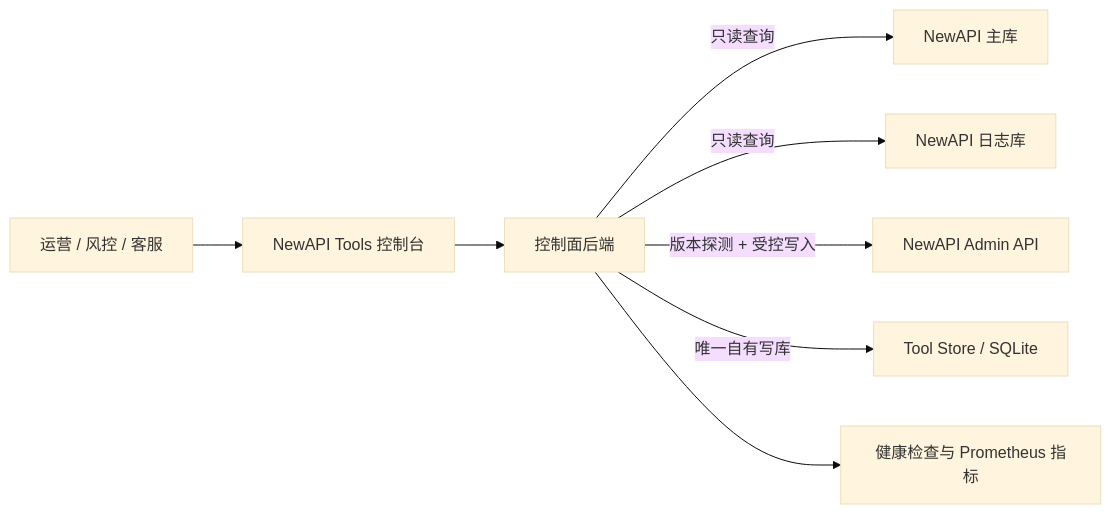
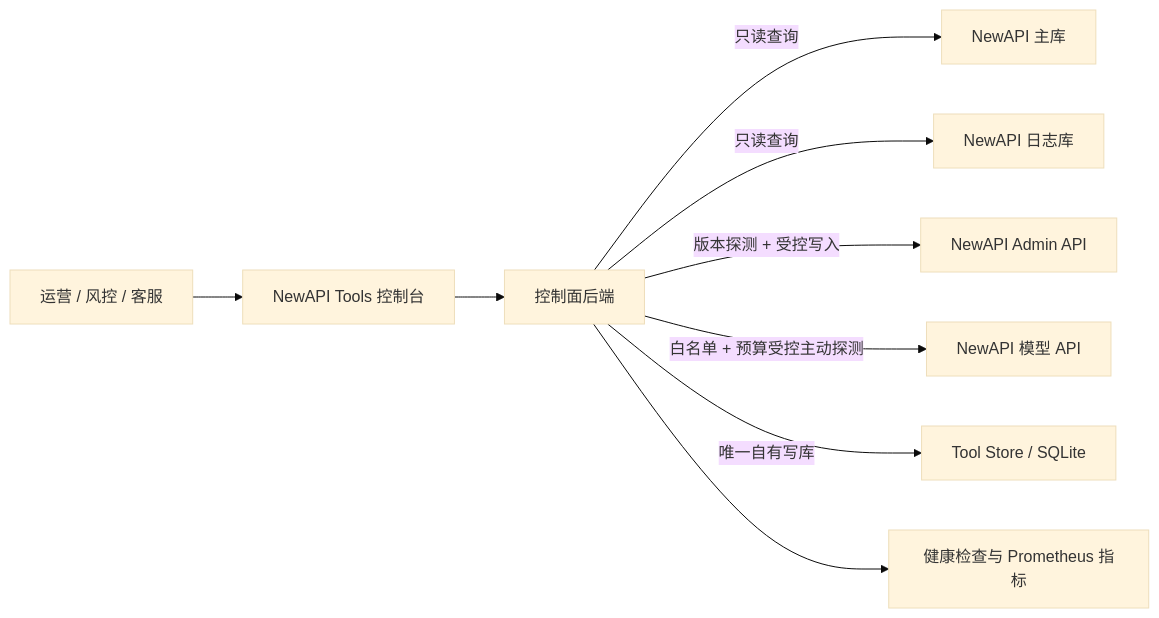
One commit to yujianwudi/new_api_tools changed the diagram in README.md. Above: the diagram before and after it, drawn with Mermaid (base theme). The commit also changed other lines of this file and 36 other files, not shown here.

````diff
--- a/README.md
+++ b/README.md
@@ -27,10 +27,11 @@
 ```mermaid
 flowchart LR
     Operator["运营 / 风控 / 客服"] --> Console["NewAPI Tools 控制台"]
     Console --> Backend["控制面后端"]
     Backend -->|"只读查询"| MainDB["NewAPI 主库"]
     Backend -->|"只读查询"| LogDB["NewAPI 日志库"]
     Backend -->|"版本探测 + 受控写入"| AdminAPI["NewAPI Admin API"]
+    Backend -->|"白名单 + 预算受控主动探测"| InferenceAPI["NewAPI 模型 API"]
     Backend -->|"唯一自有写库"| ToolStore["Tool Store / SQLite"]
     Backend --> Metrics["健康检查与 Prometheus 指标"]
 ```
````
